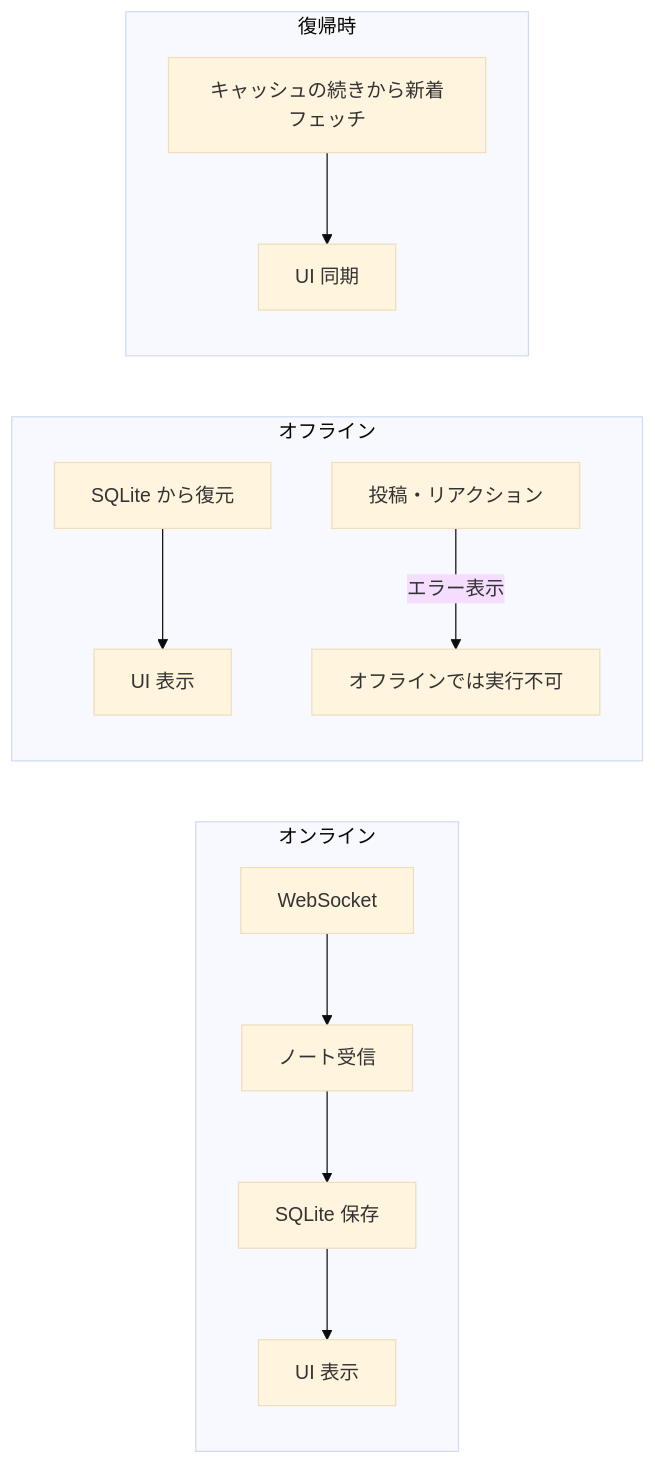
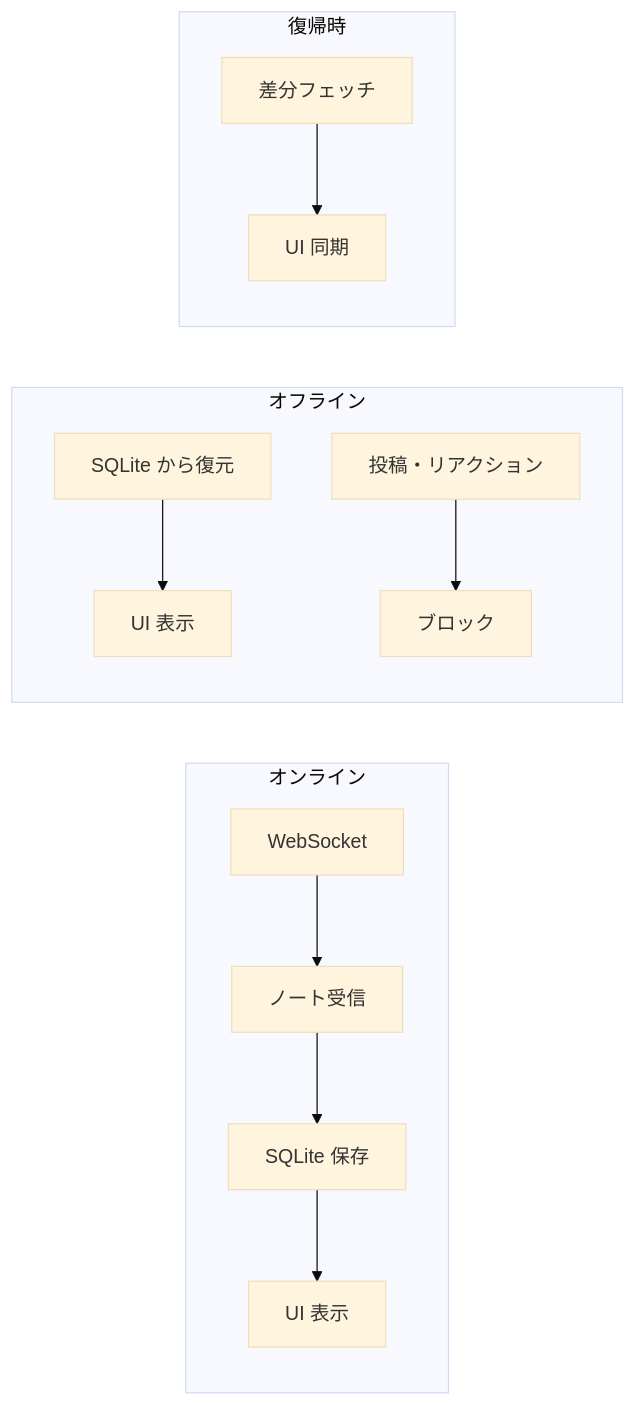
The fourth of 4 diagrams in ARCHITECTURE.md (hitalin/notedeck), drawn with Mermaid (base theme) before and after one commit. The commit also changed other lines of this file, not shown here.

First line of the commit message:
docs: ARCHITECTURE.md を現状に合わせて全面更新

````diff
--- a/ARCHITECTURE.md
+++ b/ARCHITECTURE.md
@@ -468,13 +176,13 @@
 ```mermaid
 graph LR
     subgraph Online["オンライン"]
         WS["WebSocket"] --> Recv["ノート受信"] --> Save["SQLite 保存"] --> Show1["UI 表示"]
     end
     subgraph Offline["オフライン"]
         Restore["SQLite から復元"] --> Show2["UI 表示"]
-        Write["投稿・リアクション"] -->|エラー表示| Block["オフラインでは実行不可"]
+        Write["投稿・リアクション"] --> Block["ブロック"]
     end
     subgraph Reconnect["復帰時"]
-        Gap["キャッシュの続きから新着フェッチ"] --> Sync["UI 同期"]
+        Gap["差分フェッチ"] --> Sync["UI 同期"]
     end
 ```
````
